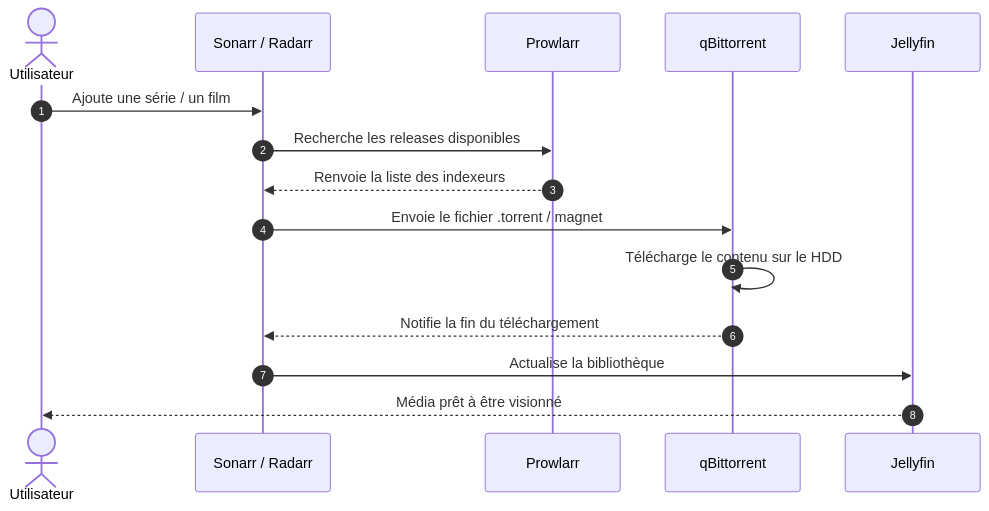
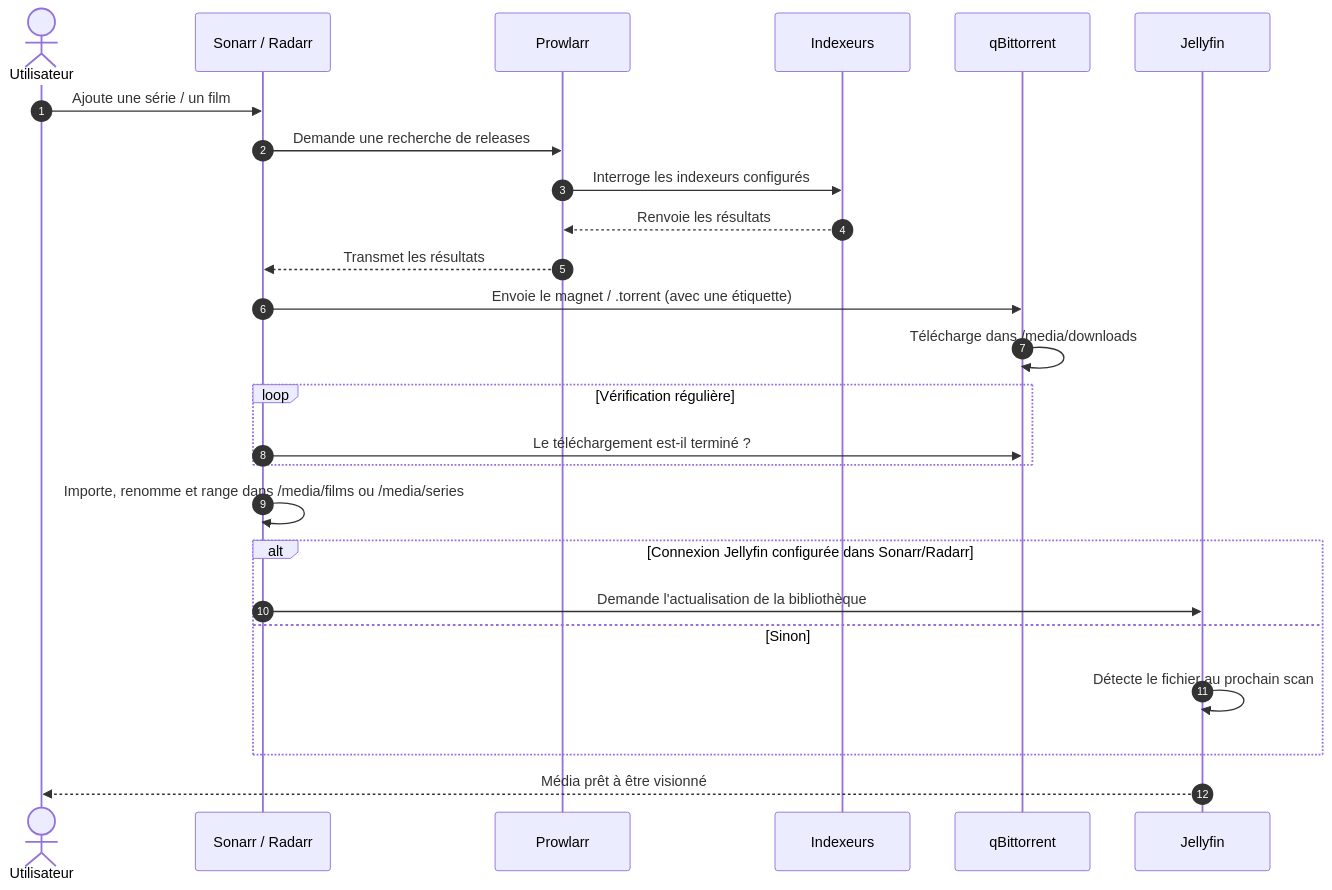
The diagram in architecture.md (Poufpanda/nas), drawn with Mermaid before and after one commit. The commit also changed other lines of this file, not shown here.

Commit message:
Revise media addition sequence diagram in architecture.md
Updated the sequence diagram to reflect the media addition process in Jellyfin, including changes in the interactions between components.

````diff
--- a/architecture.md
+++ b/architecture.md
@@ -1,18 +5,28 @@
 ```mermaid
 sequenceDiagram
     autonumber
     actor U as Utilisateur
     participant S as Sonarr / Radarr
     participant P as Prowlarr
+    participant I as Indexeurs
     participant Q as qBittorrent
     participant J as Jellyfin
-
+ 
     U->>S: Ajoute une série / un film
-    S->>P: Recherche les releases disponibles
-    P-->>S: Renvoie la liste des indexeurs
-    S->>Q: Envoie le fichier .torrent / magnet
-    Q->>Q: Télécharge le contenu sur le HDD
-    Q-->>S: Notifie la fin du téléchargement
-    S->>J: Actualise la bibliothèque
+    S->>P: Demande une recherche de releases
+    P->>I: Interroge les indexeurs configurés
+    I-->>P: Renvoie les résultats
+    P-->>S: Transmet les résultats
+    S->>Q: Envoie le magnet / .torrent (avec une étiquette)
+    Q->>Q: Télécharge dans /media/downloads
+    loop Vérification régulière
+        S->>Q: Le téléchargement est-il terminé ?
+    end
+    S->>S: Importe, renomme et range dans /media/films ou /media/series
+    alt Connexion Jellyfin configurée dans Sonarr/Radarr
+        S->>J: Demande l'actualisation de la bibliothèque
+    else Sinon
+        J->>J: Détecte le fichier au prochain scan
+    end
     J-->>U: Média prêt à être visionné
 ```
````
